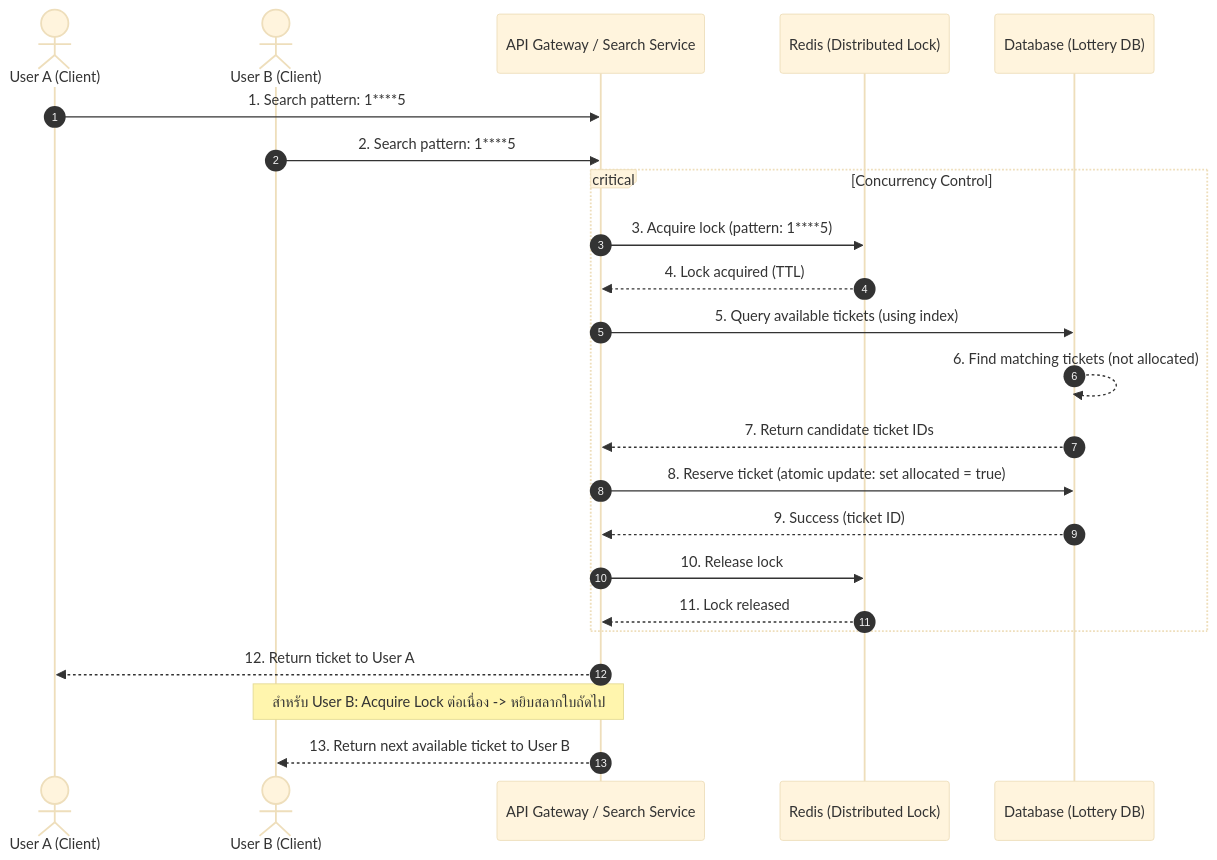
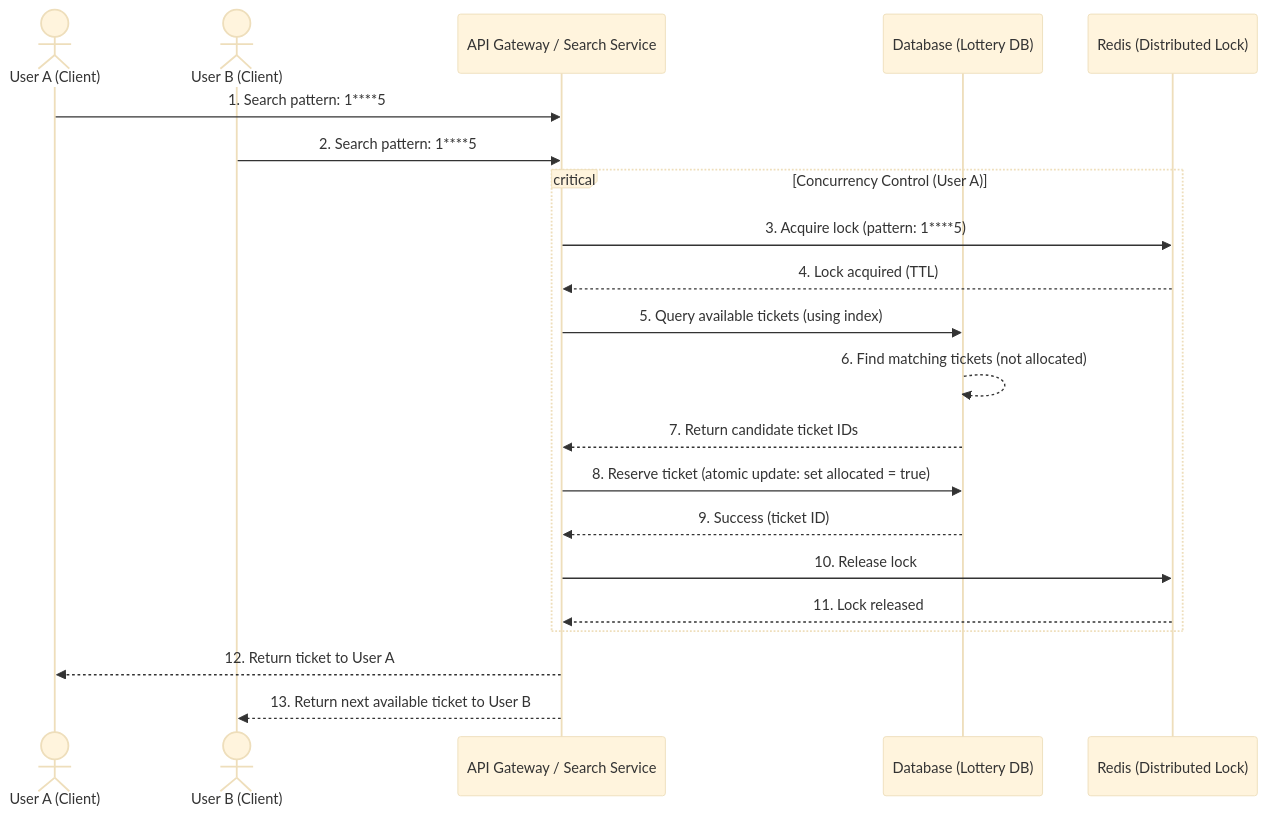
The first of 3 diagrams in Lottery Search System/documents/design/sequence_diagram/flow.md (ArchangleT/7-solutions-backend-challenge), drawn with Mermaid (base theme) before and after one commit. The commit also changed other lines of this file and 12 other files, not shown here.

````diff
--- a/Lottery Search System/documents/design/sequence_diagram/flow.md
+++ b/Lottery Search System/documents/design/sequence_diagram/flow.md
@@ -83,32 +97,29 @@
 ```mermaid
 sequenceDiagram
-    autonumber
     actor UserA as User A (Client)
     actor UserB as User B (Client)
     participant API as API Gateway / Search Service
+    participant DB as Database (Lottery DB)
     participant Redis as Redis (Distributed Lock)
-    participant DB as Database (Lottery DB)
 
     UserA->>API: 1. Search pattern: 1****5
     UserB->>API: 2. Search pattern: 1****5
 
-    critical Concurrency Control
+    critical Concurrency Control (User A)
         API->>Redis: 3. Acquire lock (pattern: 1****5)
         Redis-->>API: 4. Lock acquired (TTL)
 
         API->>DB: 5. Query available tickets (using index)
         DB-->>DB: 6. Find matching tickets (not allocated)
         DB-->>API: 7. Return candidate ticket IDs
 
         API->>DB: 8. Reserve ticket (atomic update: set allocated = true)
         DB-->>API: 9. Success (ticket ID)
 
         API->>Redis: 10. Release lock
         Redis-->>API: 11. Lock released
     end
 
     API-->>UserA: 12. Return ticket to User A
-
-    Note over API, UserB: สำหรับ User B: Acquire Lock ต่อเนื่อง -> หยิบสลากใบถัดไป
     API-->>UserB: 13. Return next available ticket to User B
 ```
````
